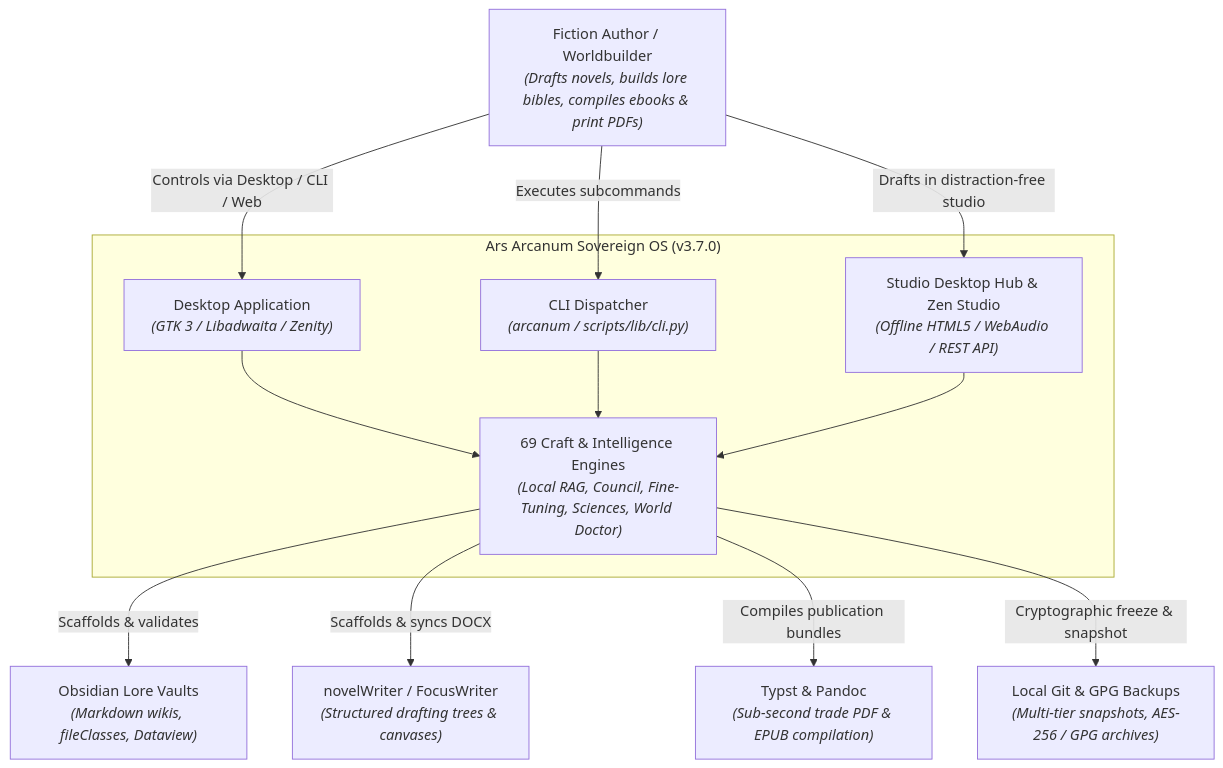
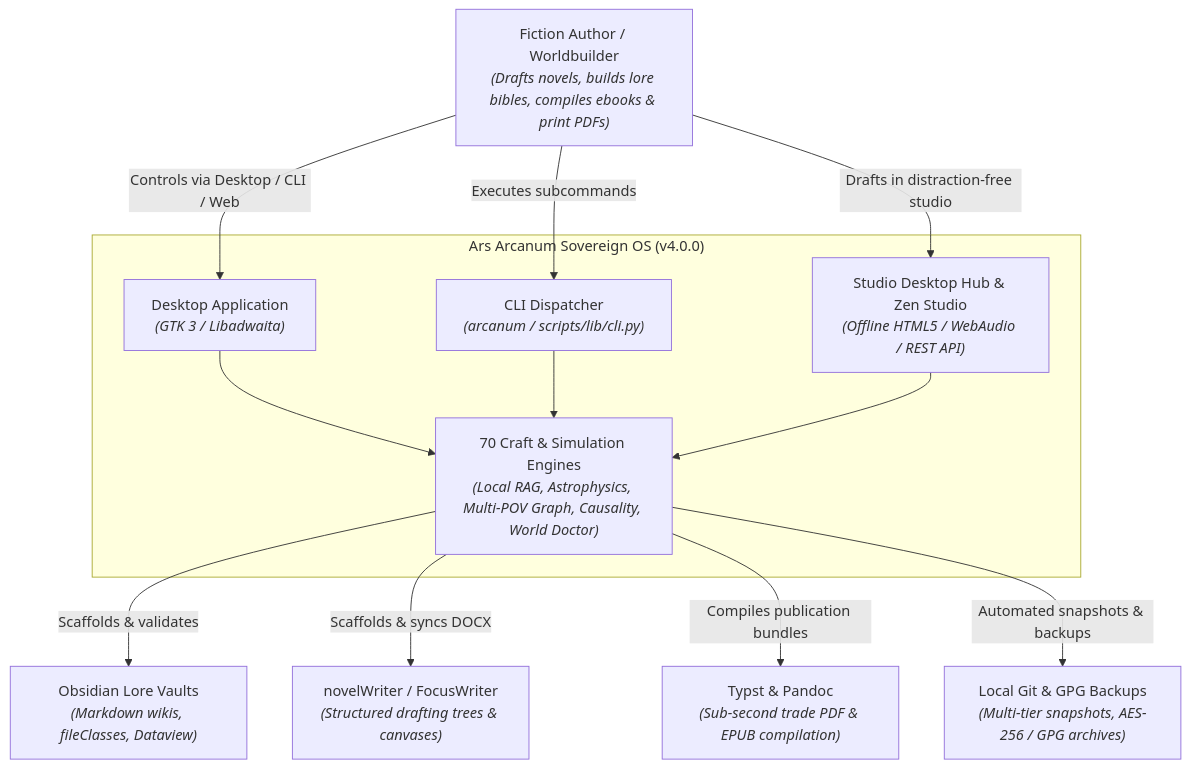
The first of 6 diagrams in docs/ARCHITECTURE.md (aryansinghnagar/Scriptorium), drawn with Mermaid before and after one commit. The commit also changed other lines of this file and 126 other files, not shown here.

````diff
--- a/docs/ARCHITECTURE.md
+++ b/docs/ARCHITECTURE.md
@@ -224,29 +222,29 @@
 ```mermaid
 flowchart TD
     AUTHOR["Fiction Author / Worldbuilder<br/><i>(Drafts novels, builds lore bibles, compiles ebooks & print PDFs)</i>"]
     
-    subgraph ARCANUM["Ars Arcanum Sovereign OS (v3.7.0)"]
+    subgraph ARCANUM["Ars Arcanum Sovereign OS (v4.0.0)"]
         CLI["CLI Dispatcher<br/><i>(arcanum / scripts/lib/cli.py)</i>"]
-        GUI["Desktop Application<br/><i>(GTK 3 / Libadwaita / Zenity)</i>"]
+        GUI["Desktop Application<br/><i>(GTK 3 / Libadwaita)</i>"]
         HUB["Studio Desktop Hub & Zen Studio<br/><i>(Offline HTML5 / WebAudio / REST API)</i>"]
-        ENGINES["69 Craft & Intelligence Engines<br/><i>(Local RAG, Council, Fine-Tuning, Sciences, World Doctor)</i>"]
+        ENGINES["70 Craft & Simulation Engines<br/><i>(Local RAG, Astrophysics, Multi-POV Graph, Causality, World Doctor)</i>"]
     end
     
     OBSIDIAN["Obsidian Lore Vaults<br/><i>(Markdown wikis, fileClasses, Dataview)</i>"]
     NOVELWRITER["novelWriter / FocusWriter<br/><i>(Structured drafting trees & canvases)</i>"]
     TYPST_PANDOC["Typst & Pandoc<br/><i>(Sub-second trade PDF & EPUB compilation)</i>"]
     GIT_VCS["Local Git & GPG Backups<br/><i>(Multi-tier snapshots, AES-256 / GPG archives)</i>"]
 
     AUTHOR -->|Controls via Desktop / CLI / Web| GUI
     AUTHOR -->|Executes subcommands| CLI
     AUTHOR -->|Drafts in distraction-free studio| HUB
     
     GUI --> ENGINES
     CLI --> ENGINES
     HUB --> ENGINES
     
     ENGINES -->|Scaffolds & validates| OBSIDIAN
     ENGINES -->|Scaffolds & syncs DOCX| NOVELWRITER
     ENGINES -->|Compiles publication bundles| TYPST_PANDOC
-    ENGINES -->|Cryptographic freeze & snapshot| GIT_VCS
+    ENGINES -->|Automated snapshots & backups| GIT_VCS
 ```
````
